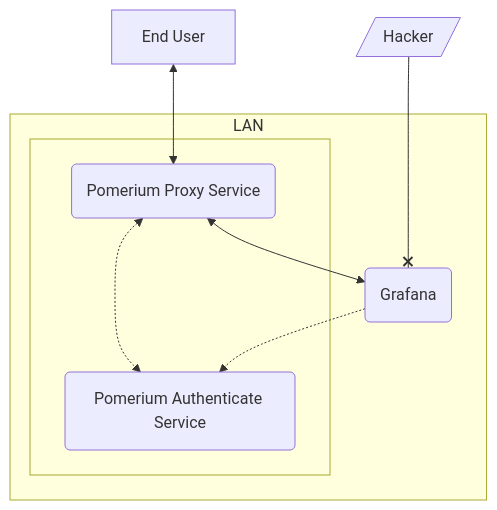
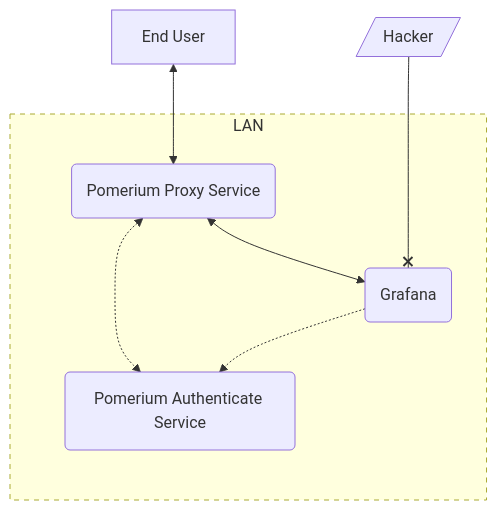
One commit to pomerium/pomerium changed the fourth of 9 diagrams in docs/docs/topics/mutual-auth.md. Above: the diagram before and after it, drawn with Mermaid. The commit also changed other lines of this file, not shown here.

````diff
--- a/docs/docs/topics/mutual-auth.md
+++ b/docs/docs/topics/mutual-auth.md
@@ -93,17 +111,19 @@
 ```mermaid
 flowchart TD
     D[End User]
     E[/Hacker/]
     E---xC
     D<-->A
     subgraph LAN
+    style LAN stroke-dasharray: 5 5
         subgraph Pomerium[ ];
+        style Pomerium stroke-width: 0
             A(Pomerium Proxy Service)
             B(Pomerium Authenticate Service)
         end
             C(Grafana)
     end
     A <-.-> B
     A <--> C
     C -.-> B
 ```
````
